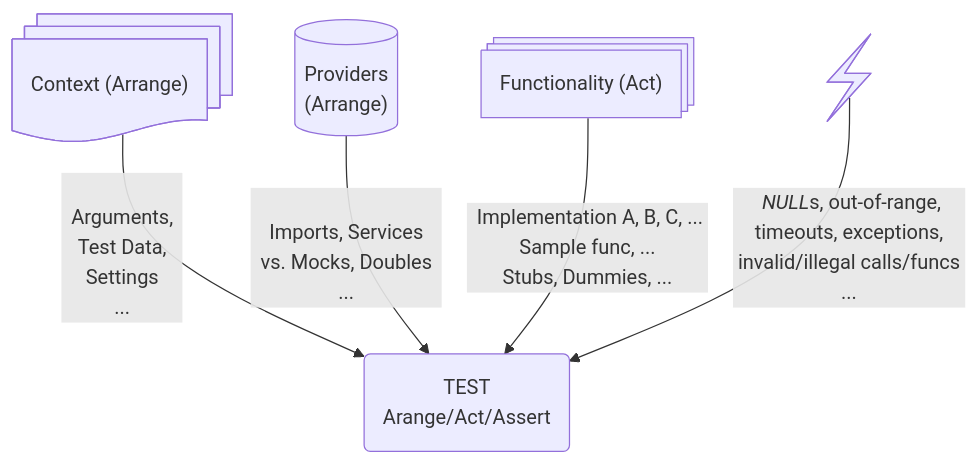
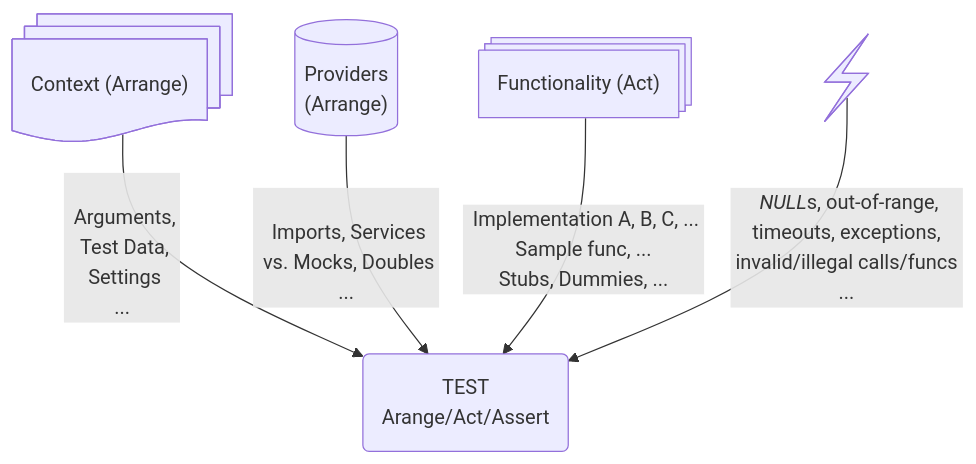
One commit to Kyriosity/read-write changed the diagram in README+/software/tests/asQA/README+/tests-damp_vs_dry.md. Above: the diagram before and after it, drawn with Mermaid. The commit also changed other lines of this file, not shown here.

Commit message:
🖌️tests-damp_vs_dry.md

````diff
--- a/README+/software/tests/asQA/README+/tests-damp_vs_dry.md
+++ b/README+/software/tests/asQA/README+/tests-damp_vs_dry.md
@@ -34,8 +34,8 @@
 ```mermaid
 graph TD
-    idCx@{ shape: docs, label: "Context &lpar;Arrange&rpar;" } -->|<br />&nbsp;&nbsp;Arguments,&nbsp;&nbsp;<br />&nbsp;&nbsp;Test Data,&nbsp;&nbsp;<br />&nbsp;&nbsp;Settings&nbsp;&nbsp;<br />...| UT(TEST<br />Arange/Act/Assert)
-    idSrv[(Providers<br />&lpar;Arrange&rpar;)] -->|<br />&nbsp;&nbsp;Imports, Services&nbsp;&nbsp;<br />&nbsp;&nbsp;vs. Mocks, Doubles&nbsp;&nbsp;<br />...| UT
-    idFnc@{ shape: procs, label: "Functionality &lpar;Act&rpar;" } -->|&nbsp;&nbsp;Implementation A, B, C, ...&nbsp;<br >&nbsp;Sample func, ...&nbsp;</br>&nbsp;Stubs, Dummies, ...&nbsp;| UT
-    idErr@{ shape: bolt, label: "Abuse" } -->|&nbsp;&nbsp;<i>NULL</i>s, out-of-range,&nbsp;<br />&nbsp;timeouts, exceptions,&nbsp;<br />&nbsp;invalid/illegal calls/funcs&nbsp;<br />...| UT
+    idCx@{ shape: docs, label: "Context &lpar;Arrange&rpar;" } -->|<br />&nbsp; Arguments,&nbsp; <br />&nbsp; Test Data,&nbsp; <br />&nbsp; Settings&nbsp; <br />...| UT(TEST<br />Arange/Act/Assert)
+    idSrv[(Providers<br />&lpar;Arrange&rpar;)] -->|<br />&nbsp; Imports, Services&nbsp; <br />&nbsp; vs. Mocks, Doubles&nbsp; <br />...| UT
+    idFnc@{ shape: procs, label: "Functionality &lpar;Act&rpar;" } -->|&nbsp; Implementation A, B, C, ...&nbsp;<br >&nbsp;Sample func, ...&nbsp;</br>&nbsp;Stubs, Dummies, ...&nbsp;| UT
+    idErr@{ shape: bolt, label: "Abuse" } -->|&nbsp; <i>NULL</i>s, out-of-range,&nbsp;<br />&nbsp;timeouts, exceptions,&nbsp;<br />&nbsp;invalid/illegal calls/funcs&nbsp;<br />...| UT
 
 ```
````
